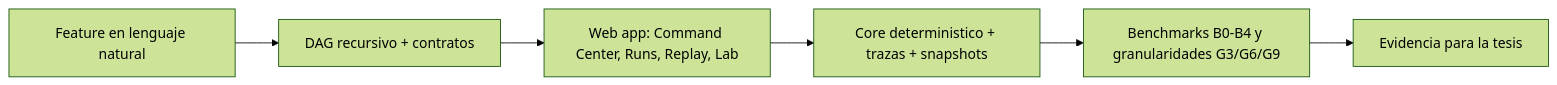
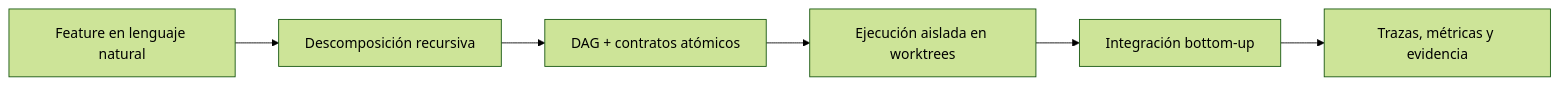
One commit to franclarke/Manyhands changed the diagram in README.md. Above: the diagram before and after it, drawn with Mermaid (forest theme). The commit also changed other lines of this file and 21 other files, not shown here.

````diff
--- a/README.md
+++ b/README.md
@@ -7,8 +7,8 @@
 ```mermaid
 flowchart LR
-  A[Feature en lenguaje natural] --> B[DAG recursivo + contratos]
-  B --> C[Web app: Command Center, Runs, Replay, Lab]
-  C --> D[Core deterministico + trazas + snapshots]
-  D --> E[Benchmarks B0-B4 y granularidades G3/G6/G9]
-  E --> F[Evidencia para la tesis]
+  A["Feature en lenguaje natural"] --> B["Descomposición recursiva"]
+  B --> C["DAG + contratos atómicos"]
+  C --> D["Ejecución aislada en worktrees"]
+  D --> E["Integración bottom-up"]
+  E --> F["Trazas, métricas y evidencia"]
 ```
````
